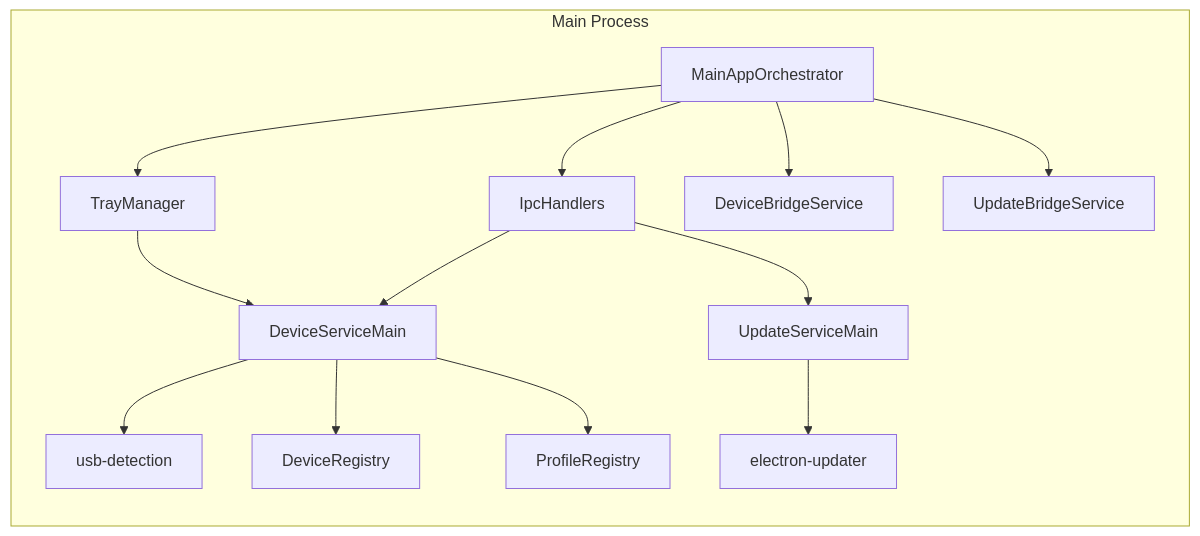
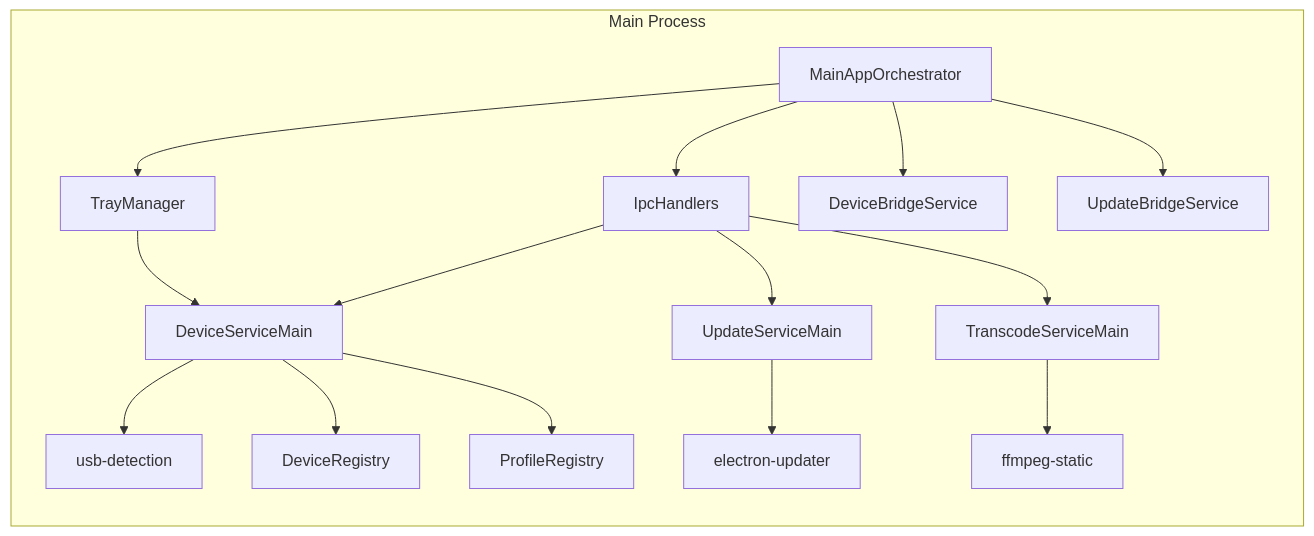
One commit to josstei/prismgb-app changed the fifth of 7 diagrams in docs/architecture-diagrams.md. Above: the diagram before and after it, drawn with Mermaid. The commit also changed other lines of this file and 80 other files, not shown here.

Commit message:
feat(transcode): add FFmpeg transcoding with progress indicator (#71)

````diff
--- a/docs/architecture-diagrams.md
+++ b/docs/architecture-diagrams.md
@@ -94,30 +125,34 @@
 ```mermaid
 flowchart LR
   subgraph MAIN[Main Process]
     MainAppOrchestrator[MainAppOrchestrator]
     IpcHandlers[IpcHandlers]
     TrayManager[TrayManager]
     DeviceBridge[DeviceBridgeService]
     UpdateBridge[UpdateBridgeService]
     DeviceServiceMain[DeviceServiceMain]
     UpdateServiceMain[UpdateServiceMain]
+    TranscodeServiceMain[TranscodeServiceMain]
     UsbDetection[usb-detection]
     DeviceRegistry[DeviceRegistry]
     ProfileRegistry[ProfileRegistry]
     AutoUpdater[electron-updater]
+    FFmpeg[ffmpeg-static]
   end
 
   MainAppOrchestrator --> IpcHandlers
   MainAppOrchestrator --> TrayManager
   MainAppOrchestrator --> DeviceBridge
   MainAppOrchestrator --> UpdateBridge
 
   IpcHandlers --> DeviceServiceMain
   IpcHandlers --> UpdateServiceMain
+  IpcHandlers --> TranscodeServiceMain
   TrayManager --> DeviceServiceMain
 
   DeviceServiceMain --> UsbDetection
   DeviceServiceMain --> DeviceRegistry
   DeviceServiceMain --> ProfileRegistry
   UpdateServiceMain --> AutoUpdater
+  TranscodeServiceMain --> FFmpeg
 ```
````
